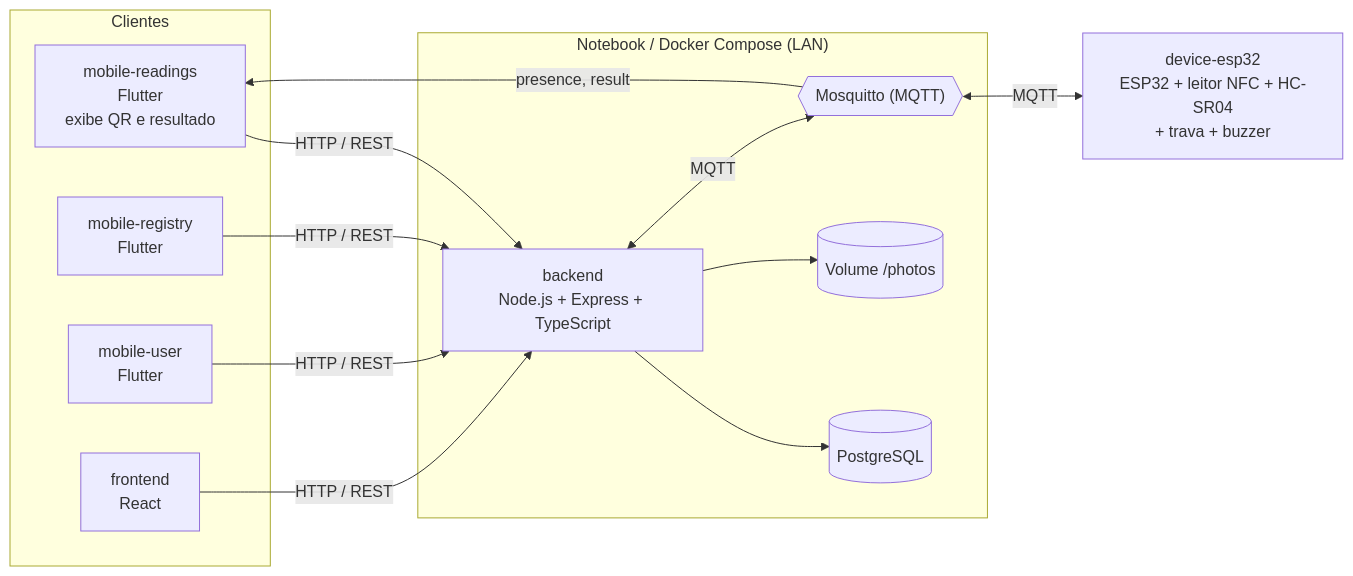
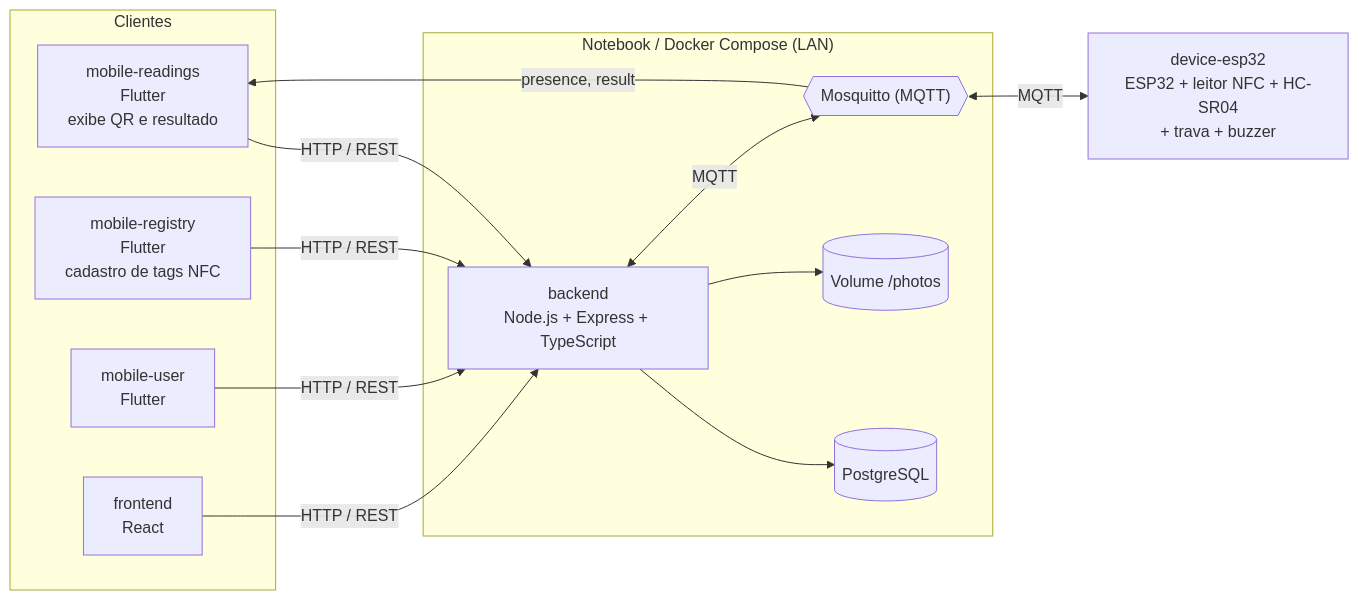
One commit to Helloworld-fatec/access-control changed the first of 5 diagrams in docs/arquitetura.md. Above: the diagram before and after it, drawn with Mermaid. The commit also changed other lines of this file and 1 other file, not shown here.

First line of the commit message:
docs(arquitetura): cadastro de tags NFC permanece no mobile-registry

````diff
--- a/docs/arquitetura.md
+++ b/docs/arquitetura.md
@@ -26,23 +26,23 @@
 ```mermaid
 flowchart LR
   subgraph Clientes
     RD["mobile-readings<br/>Flutter<br/>exibe QR e resultado"]
-    RG["mobile-registry<br/>Flutter"]
+    RG["mobile-registry<br/>Flutter<br/>cadastro de tags NFC"]
     US["mobile-user<br/>Flutter"]
     FE["frontend<br/>React"]
   end
   subgraph Servidor["Notebook / Docker Compose (LAN)"]
     BE["backend<br/>Node.js + Express + TypeScript"]
     DB[("PostgreSQL")]
     PH[("Volume /photos")]
     MQ{{"Mosquitto (MQTT)"}}
   end
   ESP["device-esp32<br/>ESP32 + leitor NFC + HC-SR04<br/>+ trava + buzzer"]
 
   RD & RG & US & FE -- "HTTP / REST" --> BE
   BE --> DB
   BE --> PH
   BE <-- "MQTT" --> MQ
   MQ <-- "MQTT" --> ESP
   MQ -- "presence, result" --> RD
 ```
````
